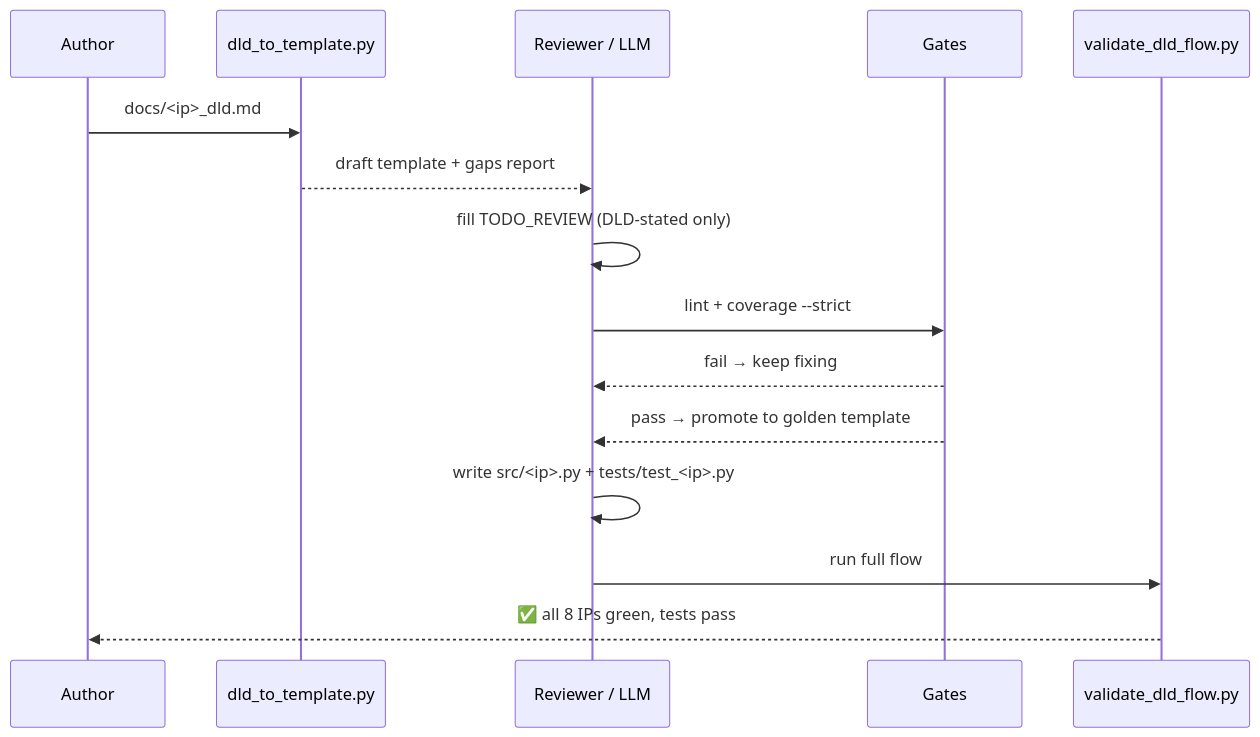
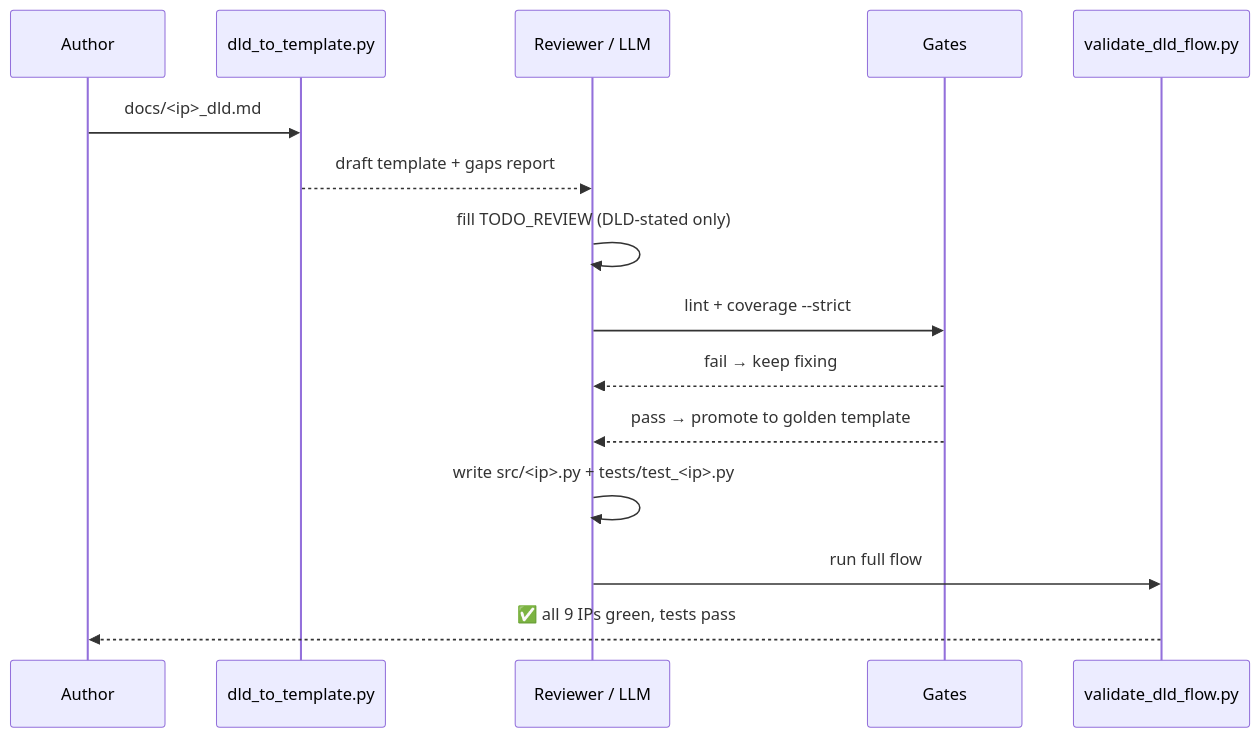
One commit to kushkumar16/ip_model_automation changed the eighth of 8 diagrams in docs/pipeline_overview.md. Above: the diagram before and after it, drawn with Mermaid. The commit also changed other lines of this file and 8 other files, not shown here.

````diff
--- a/docs/pipeline_overview.md
+++ b/docs/pipeline_overview.md
@@ -305,18 +305,18 @@
 ```mermaid
 sequenceDiagram
     participant U as Author
     participant X as dld_to_template.py
     participant R as Reviewer / LLM
     participant G as Gates
     participant V as validate_dld_flow.py
 
     U->>X: docs/<ip>_dld.md
     X-->>R: draft template + gaps report
     R->>R: fill TODO_REVIEW (DLD-stated only)
     R->>G: lint + coverage --strict
     G-->>R: fail → keep fixing
     G-->>R: pass → promote to golden template
     R->>R: write src/<ip>.py + tests/test_<ip>.py
     R->>V: run full flow
-    V-->>U: ✅ all 8 IPs green, tests pass
+    V-->>U: ✅ all 9 IPs green, tests pass
 ```
````
